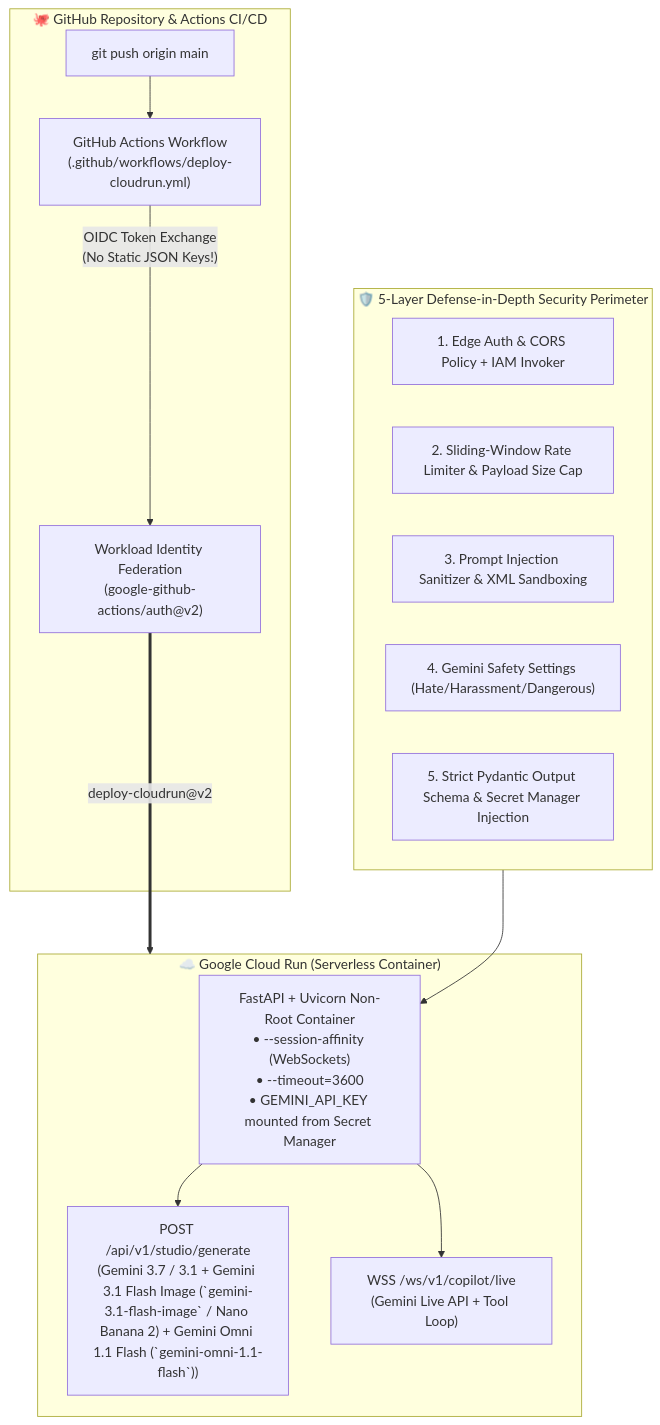
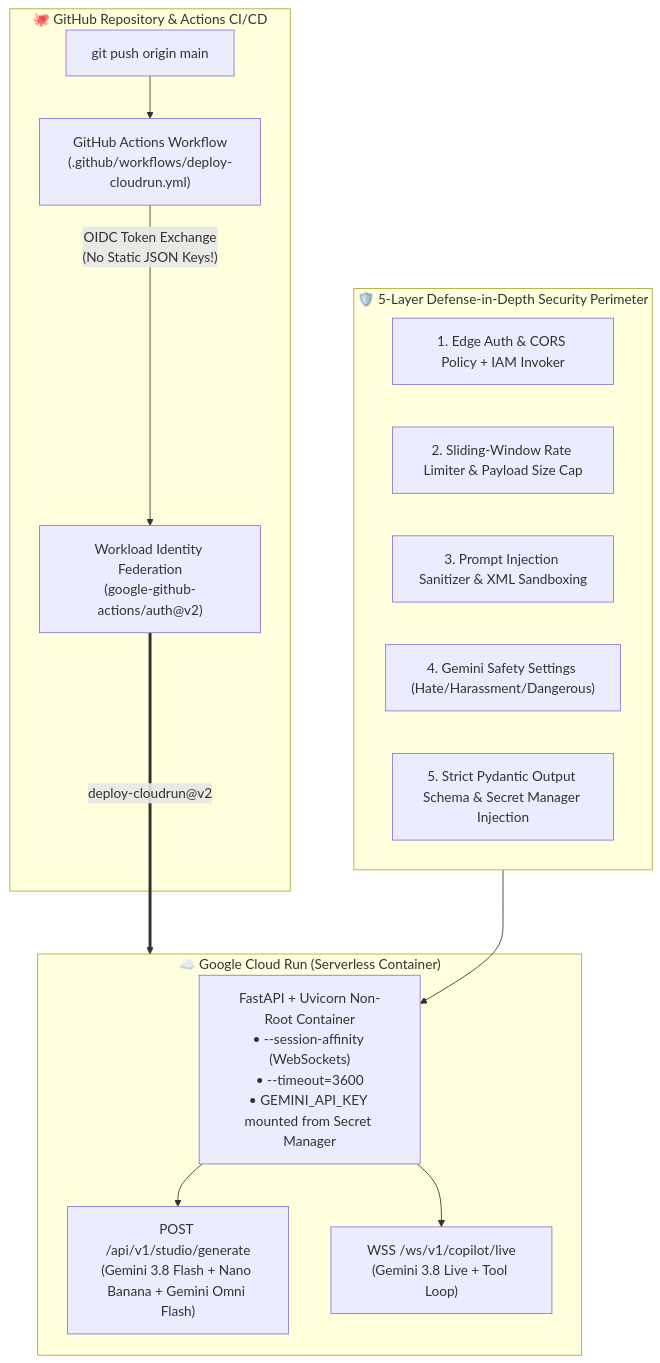
Before and after one commit to AllInVaders/aistudio-full-course: the diagram in en/module-04-deploy-github-cloudrun-security/README.md, drawn with Mermaid. The commit also changed other lines of this file and 30 other files, not shown here.

Commit message:
feat: upgrade all Gemini 3.7 Flash references to Gemini 3.8 Flash (gemini-3.8-flash)

````diff
--- a/en/module-04-deploy-github-cloudrun-security/README.md
+++ b/en/module-04-deploy-github-cloudrun-security/README.md
@@ -29,26 +29,26 @@
 ```mermaid
 flowchart TB
     subgraph GitHub["🐙 GitHub Repository & Actions CI/CD"]
         Push["git push origin main"] --> Workflow["GitHub Actions Workflow\n(.github/workflows/deploy-cloudrun.yml)"]
         Workflow -->|"OIDC Token Exchange\n(No Static JSON Keys!)"| WIF["Workload Identity Federation\n(google-github-actions/auth@v2)"]
     end
 
     subgraph SecurityLayer["🛡️ 5-Layer Defense-in-Depth Security Perimeter"]
         L1["1. Edge Auth & CORS Policy + IAM Invoker"]
         L2["2. Sliding-Window Rate Limiter & Payload Size Cap"]
         L3["3. Prompt Injection Sanitizer & XML Sandboxing"]
         L4["4. Gemini Safety Settings (Hate/Harassment/Dangerous)"]
         L5["5. Strict Pydantic Output Schema & Secret Manager Injection"]
     end
 
     subgraph CloudRun["☁️ Google Cloud Run (Serverless Container)"]
         Container["FastAPI + Uvicorn Non-Root Container\n• --session-affinity (WebSockets)\n• --timeout=3600\n• GEMINI_API_KEY mounted from Secret Manager"]
-        Stage1["POST /api/v1/studio/generate\n(Gemini 3.7 / 3.1 + Gemini 3.1 Flash Image (`gemini-3.1-flash-image` / Nano Banana 2) + Gemini Omni 1.1 Flash (`gemini-omni-1.1-flash`))"]
-        Stage2["WSS /ws/v1/copilot/live\n(Gemini Live API + Tool Loop)"]
+        Stage1["POST /api/v1/studio/generate\n(Gemini 3.8 Flash + Nano Banana + Gemini Omni Flash)"]
+        Stage2["WSS /ws/v1/copilot/live\n(Gemini 3.8 Live + Tool Loop)"]
     end
 
     WIF ==>|"deploy-cloudrun@v2"| CloudRun
     SecurityLayer --> Container
     Container --> Stage1
     Container --> Stage2
 ```
````
